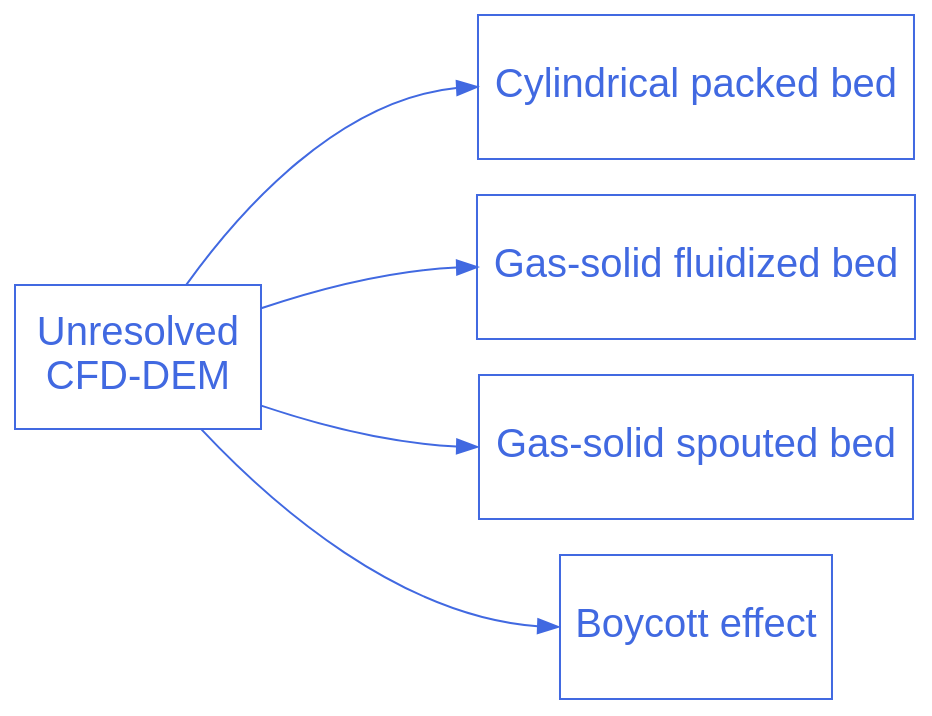
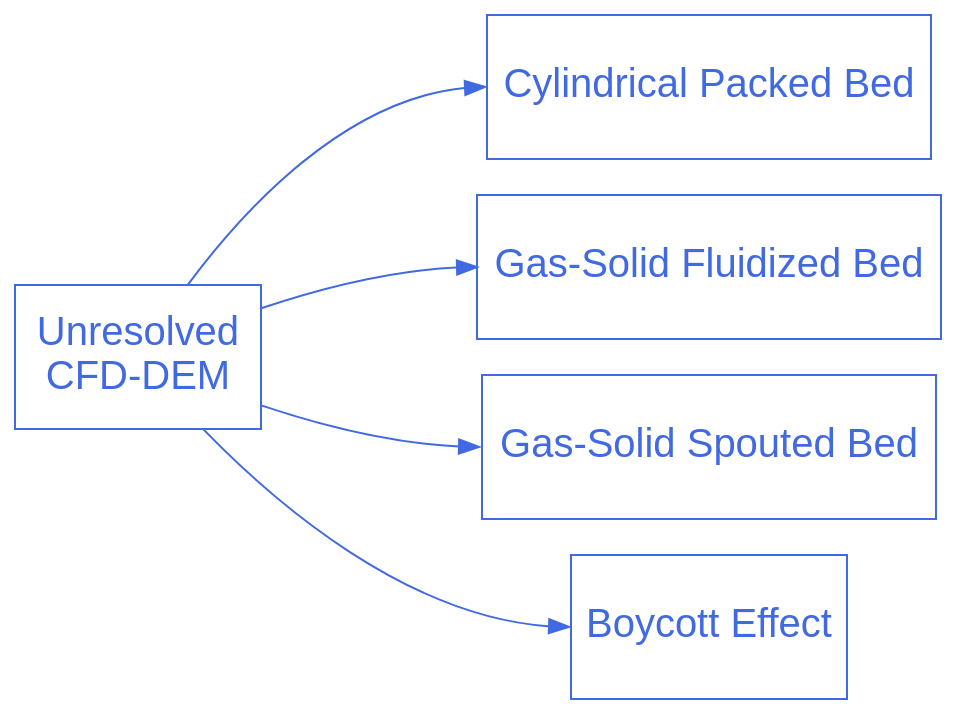
The diagram in doc/source/examples/unresolved-cfd-dem/unresolved-cfd-dem.rst (chaos-polymtl/lethe), drawn with Graphviz before and after one commit. The commit also changed 88 other files, not shown here.

```diff
--- a/doc/source/examples/unresolved-cfd-dem/unresolved-cfd-dem.rst
+++ b/doc/source/examples/unresolved-cfd-dem/unresolved-cfd-dem.rst
@@ -17,24 +17,24 @@
 .. graphviz:: 
 
     digraph unresolved_cfd_dem_diagram {
       graph [bgcolor="transparent", align=true, ranksep=1.5];
       node [fontname=Arial, fontsize=20, shape=box, fontcolor=royalblue, color=royalblue, height=1];
       edge [color=royalblue];
       rankdir="LR";
       size = "9,9";
 
       unresolved_cfd_dem [label="Unresolved \nCFD-DEM", href="https://lethe-cfd.github.io/lethe/examples/unresolved-cfd-dem/unresolved-cfd-dem.html"];
 
-      cfd_dem_1 [label="Cylindrical packed bed", href="https://lethe-cfd.github.io/lethe/examples/unresolved-cfd-dem/cylindrical-packed-bed/cylindrical-packed-bed.html"]; 
+      cfd_dem_1 [label="Cylindrical Packed Bed", href="https://lethe-cfd.github.io/lethe/examples/unresolved-cfd-dem/cylindrical-packed-bed/cylindrical-packed-bed.html"];
 
-      cfd_dem_2 [label="Gas-solid fluidized bed", href="https://lethe-cfd.github.io/lethe/examples/unresolved-cfd-dem/gas-solid-fluidized-bed/gas-solid-fluidized-bed.html"]; 
+      cfd_dem_2 [label="Gas-Solid Fluidized Bed", href="https://lethe-cfd.github.io/lethe/examples/unresolved-cfd-dem/gas-solid-fluidized-bed/gas-solid-fluidized-bed.html"];
 
-      cfd_dem_3 [label="Gas-solid spouted bed", href="https://lethe-cfd.github.io/lethe/examples/unresolved-cfd-dem/gas-solid-spouted-bed/gas-solid-spouted-bed.html"]; 
+      cfd_dem_3 [label="Gas-Solid Spouted Bed", href="https://lethe-cfd.github.io/lethe/examples/unresolved-cfd-dem/gas-solid-spouted-bed/gas-solid-spouted-bed.html"];
 
-      cfd_dem_4 [label="Boycott effect", href="https://lethe-cfd.github.io/lethe/examples/unresolved-cfd-dem/boycott-effect/boycott-effect.html"]; 
+      cfd_dem_4 [label="Boycott Effect", href="https://lethe-cfd.github.io/lethe/examples/unresolved-cfd-dem/boycott-effect/boycott-effect.html"];
       
       unresolved_cfd_dem -> cfd_dem_1:w;
       unresolved_cfd_dem -> cfd_dem_2:w;
       unresolved_cfd_dem -> cfd_dem_3:w;
       unresolved_cfd_dem -> cfd_dem_4:w;
     }
```
